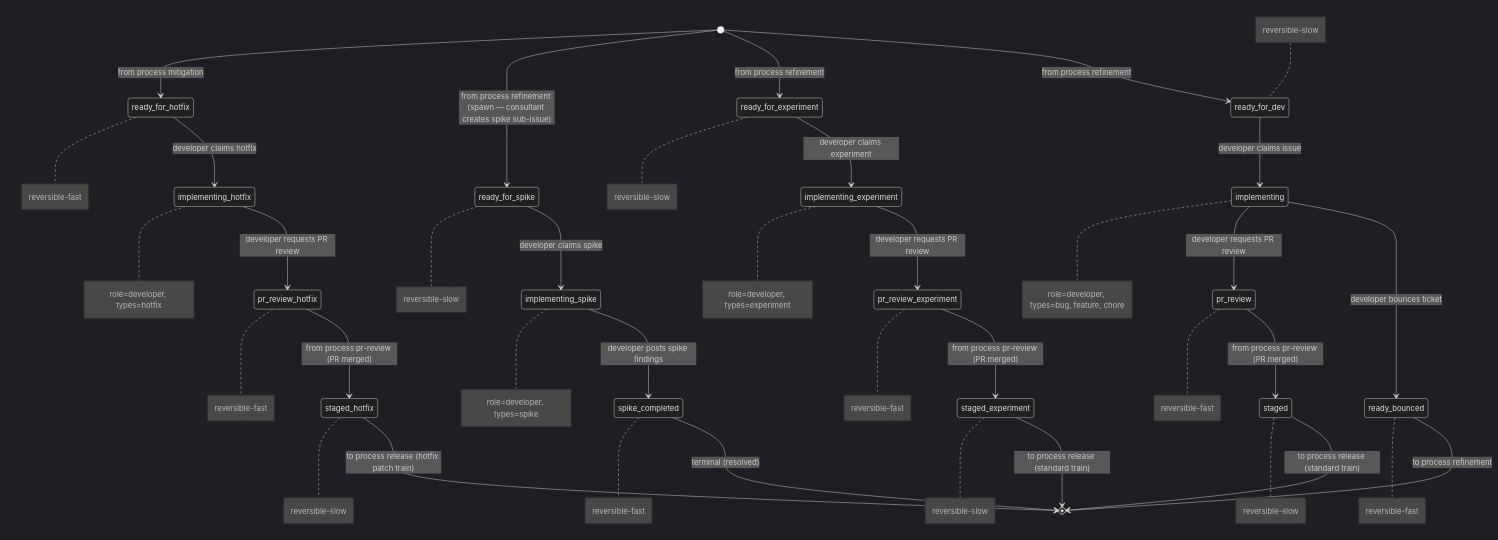
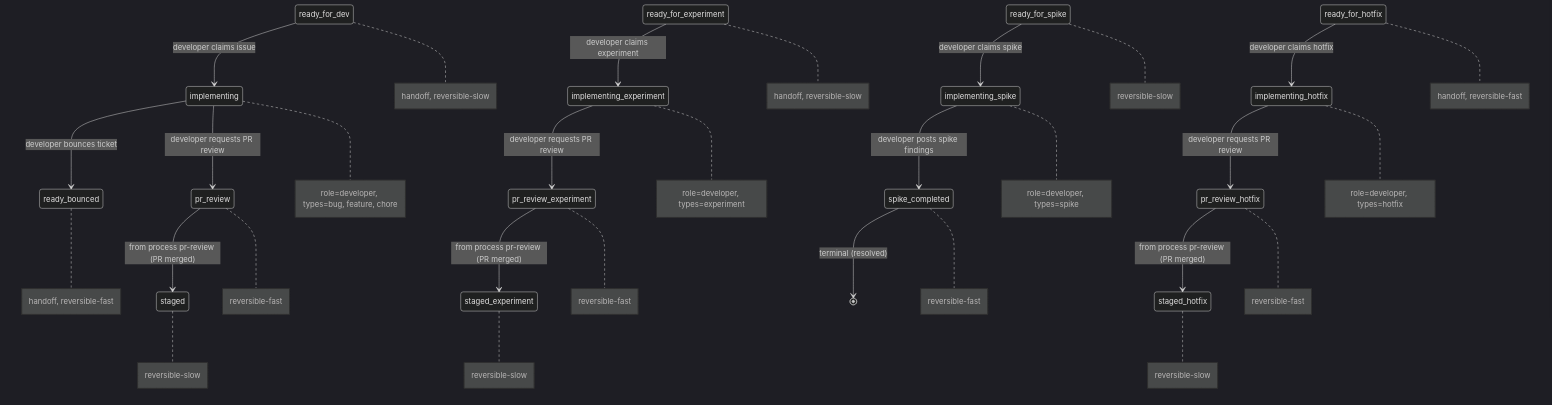
One commit to blemees/blemees-workflow changed the diagram in examples/workflows/inner-loop-states.mermaid. Above: the diagram before and after it, drawn with Mermaid (dark theme). The commit also changed 47 other files, not shown here.

```diff
--- a/examples/workflows/inner-loop-states.mermaid
+++ b/examples/workflows/inner-loop-states.mermaid
@@ -1,50 +1,41 @@
 stateDiagram-v2
     %% Cross-process interfaces:
-    %%   Entry (shared): ready_for_dev from process refinement
-    %%   Entry (shared): ready_for_experiment from process refinement
-    %%   Entry (spawn ): ready_for_spike from process refinement
-    %%   Entry (shared): ready_for_hotfix from process mitigation
-    %%   Exit  (shared): ready_bounced to process refinement
-    %%   Exit  (spawn ): staged to process release
-    %%   Exit  (spawn ): staged_experiment to process release
-    %%   Exit  (spawn ): staged_hotfix to process release
+    %%   Handoff: ready_for_dev (shared resting state)
+    %%   Handoff: ready_for_experiment (shared resting state)
+    %%   Handoff: ready_for_hotfix (shared resting state)
+    %%   Handoff: ready_bounced (shared resting state)
+    %%   Spawn:   implementing → process pr (issue_type=pr, initial=draft)
+    %%   Spawn:   implementing_experiment → process pr (issue_type=pr, initial=draft)
+    %%   Spawn:   implementing_hotfix → process pr (issue_type=pr, initial=draft)
     %%
 
-    [*] --> ready_for_dev: from process refinement
-    [*] --> ready_for_experiment: from process refinement
-    [*] --> ready_for_spike: from process refinement (spawn — consultant creates spike sub-issue)
-    [*] --> ready_for_hotfix: from process mitigation
     ready_for_dev --> implementing: developer claims issue
     ready_for_experiment --> implementing_experiment: developer claims experiment
     ready_for_spike --> implementing_spike: developer claims spike
     ready_for_hotfix --> implementing_hotfix: developer claims hotfix
     implementing --> ready_bounced: developer bounces ticket
     implementing --> pr_review: developer requests PR review
     implementing_experiment --> pr_review_experiment: developer requests PR review
     implementing_hotfix --> pr_review_hotfix: developer requests PR review
     implementing_spike --> spike_completed: developer posts spike findings
     pr_review --> staged: from process pr-review (PR merged)
     pr_review_experiment --> staged_experiment: from process pr-review (PR merged)
     pr_review_hotfix --> staged_hotfix: from process pr-review (PR merged)
-    ready_bounced --> [*]: to process refinement
-    staged --> [*]: to process release (standard train)
-    staged_experiment --> [*]: to process release (standard train)
-    staged_hotfix --> [*]: to process release (hotfix patch train)
     spike_completed --> [*]: terminal (resolved)
 
-    note left of ready_for_dev: reversible-slow
-    note right of ready_for_experiment: reversible-slow
+    note right of ready_for_dev: handoff, reversible-slow
+    note right of ready_for_experiment: handoff, reversible-slow
     note right of ready_for_spike: reversible-slow
-    note right of ready_for_hotfix: reversible-fast
+    note right of ready_for_hotfix: handoff, reversible-fast
     note right of implementing: role=developer, types=bug, feature, chore
     note right of implementing_experiment: role=developer, types=experiment
     note right of implementing_spike: role=developer, types=spike
     note right of implementing_hotfix: role=developer, types=hotfix
     note right of pr_review: reversible-fast
     note right of pr_review_experiment: reversible-fast
     note right of pr_review_hotfix: reversible-fast
     note right of staged: reversible-slow
     note right of staged_experiment: reversible-slow
     note right of staged_hotfix: reversible-slow
     note right of spike_completed: reversible-fast
-    note right of ready_bounced: reversible-fast
+    note right of ready_bounced: handoff, reversible-fast
```
